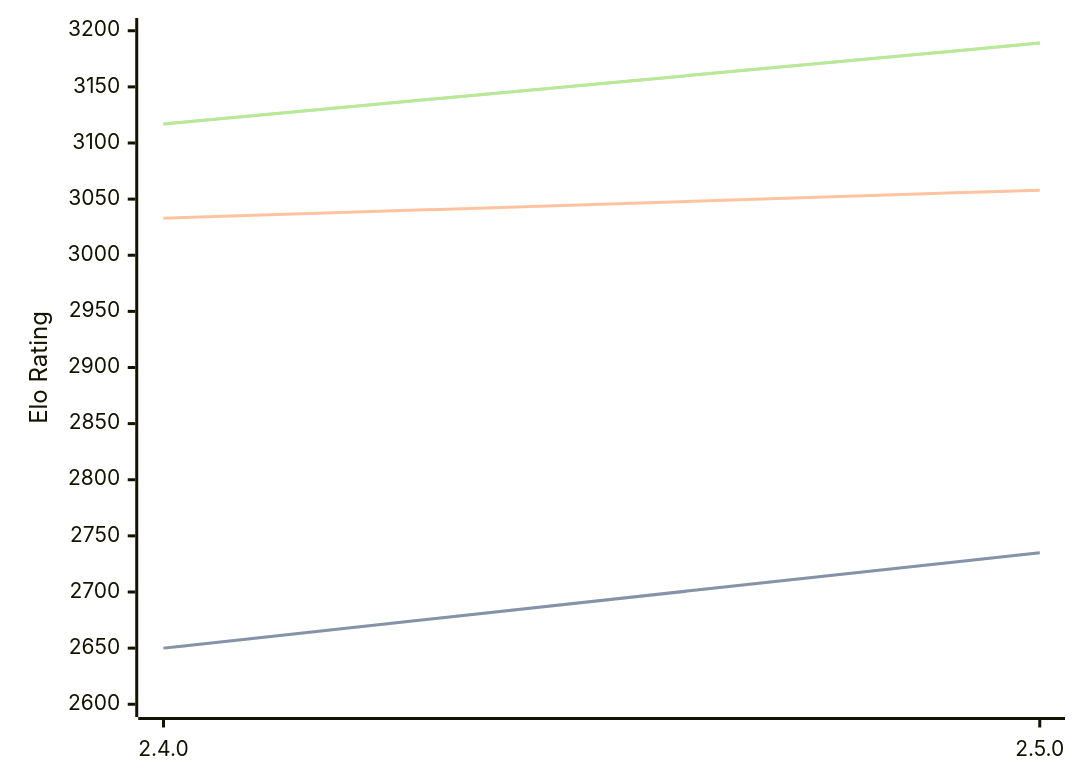
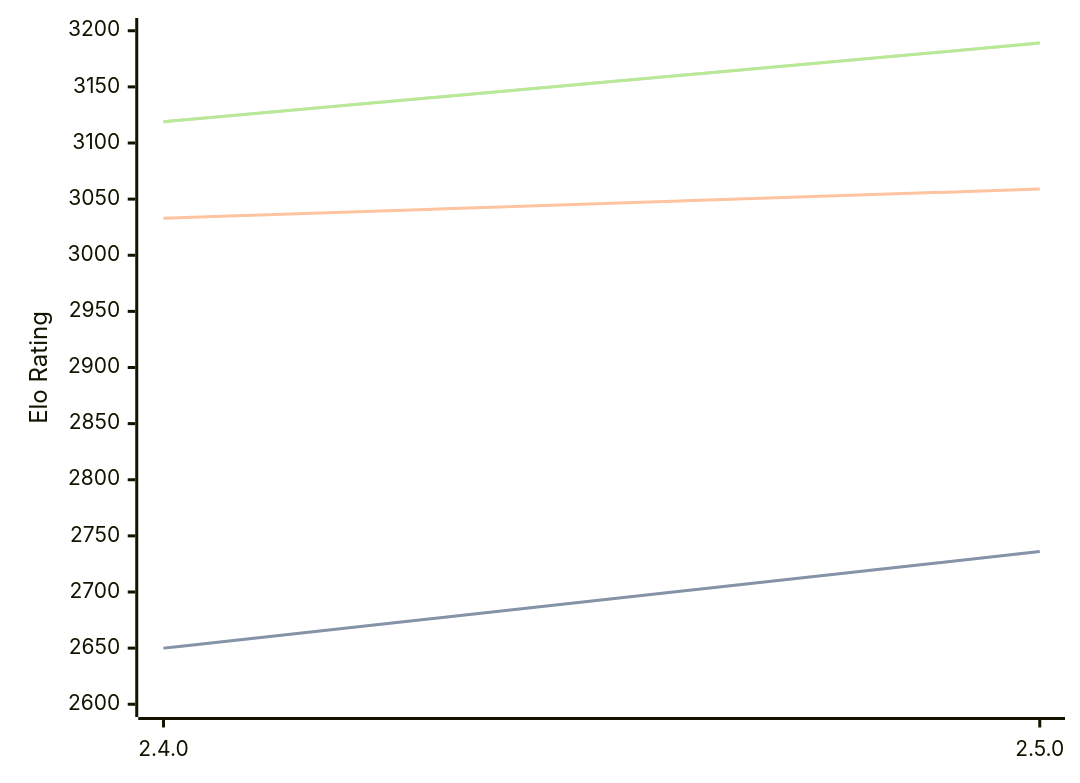
One commit to computer-chess-index/cci changed the diagram in engines/Sturddle2.md. Above: the diagram before and after it, drawn with Mermaid. The commit also changed other lines of this file, not shown here.

Commit message:
Update CCI Ratings (ELO VLTC) - 2026-04-02

````diff
--- a/engines/Sturddle2.md
+++ b/engines/Sturddle2.md
@@ -37,11 +37,11 @@
 ```mermaid
 %%{init: {"theme":"base","themeVariables":{"seriesColors:['#a3a3a3','#222221','#faa371']}}}%%
 xychart-beta
   x-axis ["2.4.0", "2.5.0"]
   y-axis "Elo Rating" 2600 --> 3200
-  line "STC (8.0+0.08s)" [2650, 2735]
-  line "STC (8.0+0.08s)" [2650, 2735]
-  line "LTC (60.0+0.60s)" [3033, 3058]
-  line "VLTC (2m24s+1.12s)" [3117, 3189]
-  line "VLTC (2m24s+1.12s)" [3117, 3189]
+  line "STC (8.0+0.08s)" [2650, 2736]
+  line "STC (8.0+0.08s)" [2650, 2736]
+  line "LTC (60.0+0.60s)" [3033, 3059]
+  line "VLTC (2m24s+1.12s)" [3119, 3189]
+  line "VLTC (2m24s+1.12s)" [3119, 3189]
 ```
````
